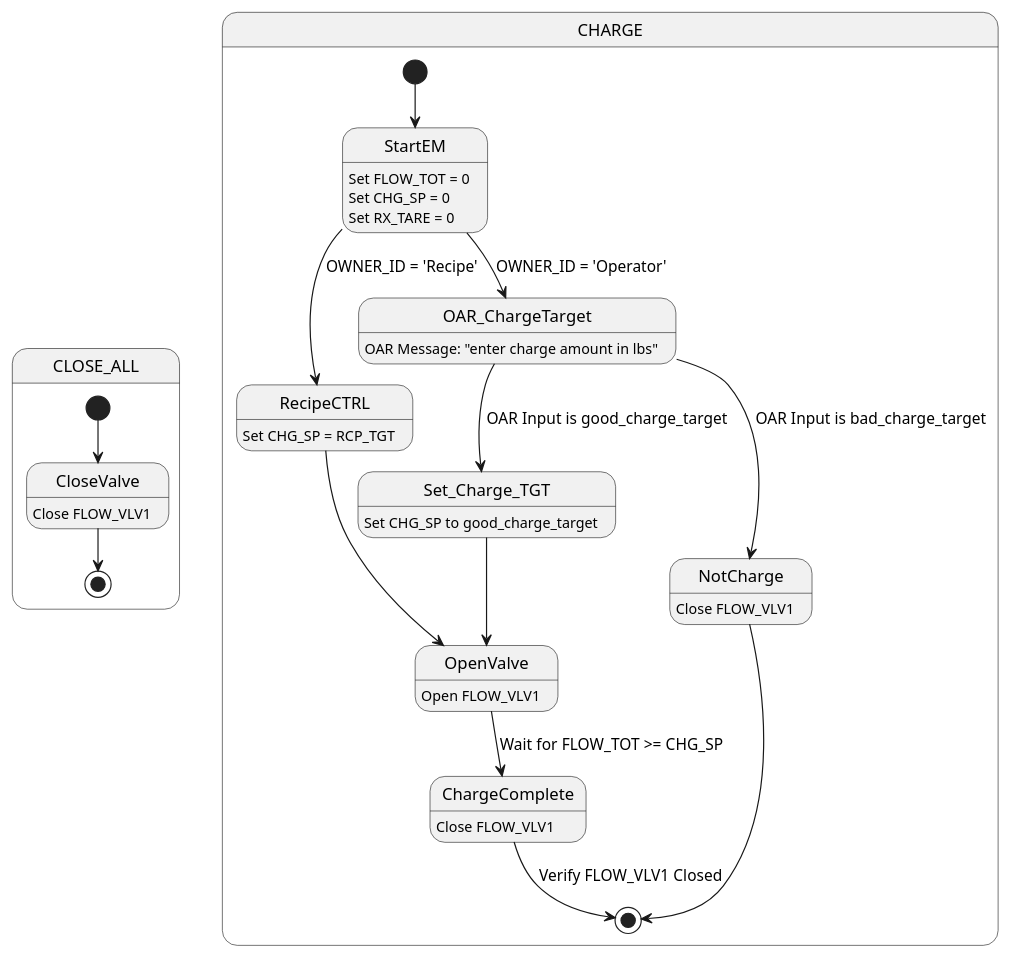
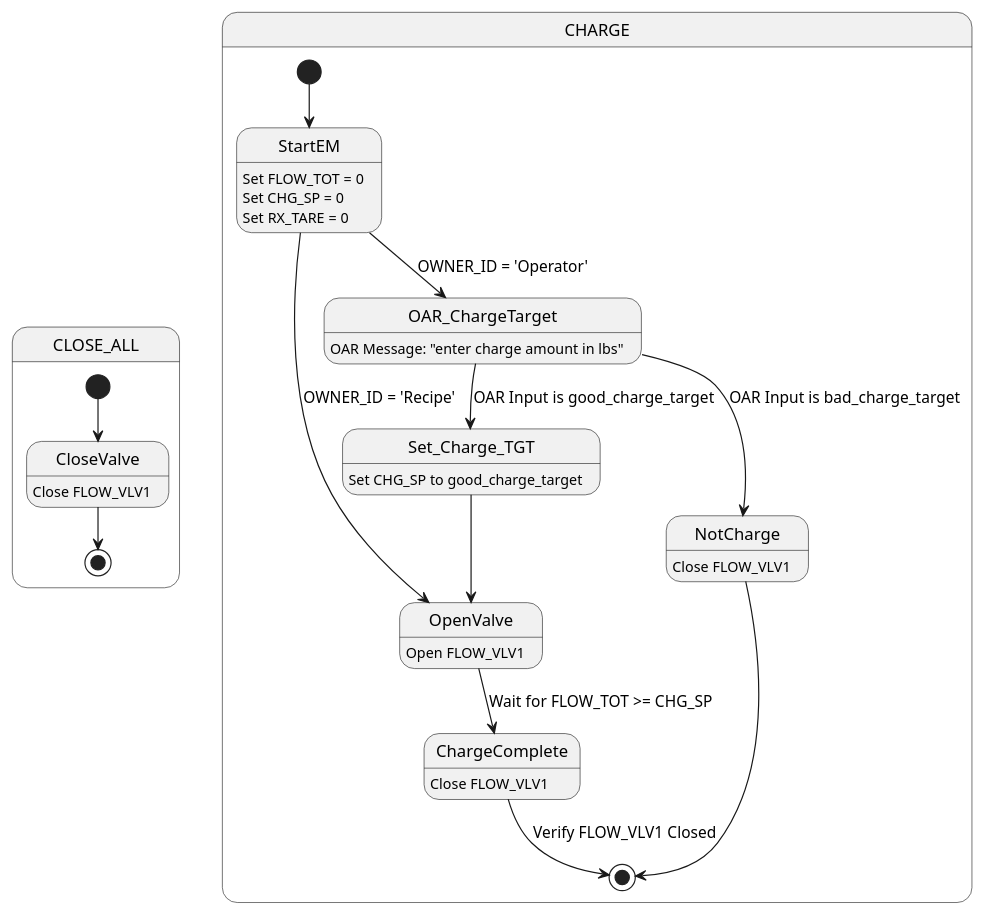
The diagram in specs/vpeng/EM/S_EMC_CHARGE.puml (mekcrab/Solvay_test), drawn with PlantUML before and after one commit. The commit also changed 7 other files, not shown here.

Commit message:
1) Modified Charge diagram. 2) Created Condensate Pressure EM, Ramp_VAC part not finished yet.

```diff
--- a/specs/vpeng/EM/S_EMC_CHARGE.puml
+++ b/specs/vpeng/EM/S_EMC_CHARGE.puml
@@ -7,47 +7,44 @@
 @startuml
 
 
 state CLOSE_ALL{
 
 [*] --> CloseValve
 CloseValve: Close FLOW_VLV1
 CloseValve --> [*]
 
 }
 
 state CHARGE {
 
 [*] --> StartEM
 
 StartEM: Set FLOW_TOT = 0
 StartEM: Set CHG_SP = 0
 StartEM: Set RX_TARE = 0
 
-StartEM --> RecipeCTRL: OWNER_ID = 'Recipe'
-RecipeCTRL: Set CHG_SP = RCP_TGT
-
-RecipeCTRL --> OpenValve
+StartEM --> OpenValve: OWNER_ID = 'Recipe'
 
 StartEM --> OAR_ChargeTarget: OWNER_ID = 'Operator'
 OAR_ChargeTarget: OAR Message: "enter charge amount in lbs"
 
 OAR_ChargeTarget --> NotCharge: OAR Input is bad_charge_target
 OAR_ChargeTarget --> Set_Charge_TGT: OAR Input is good_charge_target
 
 Set_Charge_TGT: Set CHG_SP to good_charge_target
 Set_Charge_TGT --> OpenValve
 
 
 NotCharge: Close FLOW_VLV1
 
 OpenValve: Open FLOW_VLV1
 
 OpenValve --> ChargeComplete: Wait for FLOW_TOT >= CHG_SP
 
 ChargeComplete: Close FLOW_VLV1
 ChargeComplete --> [*]: Verify FLOW_VLV1 Closed
 NotCharge --> [*]
 
 }
 
 @enduml
```
